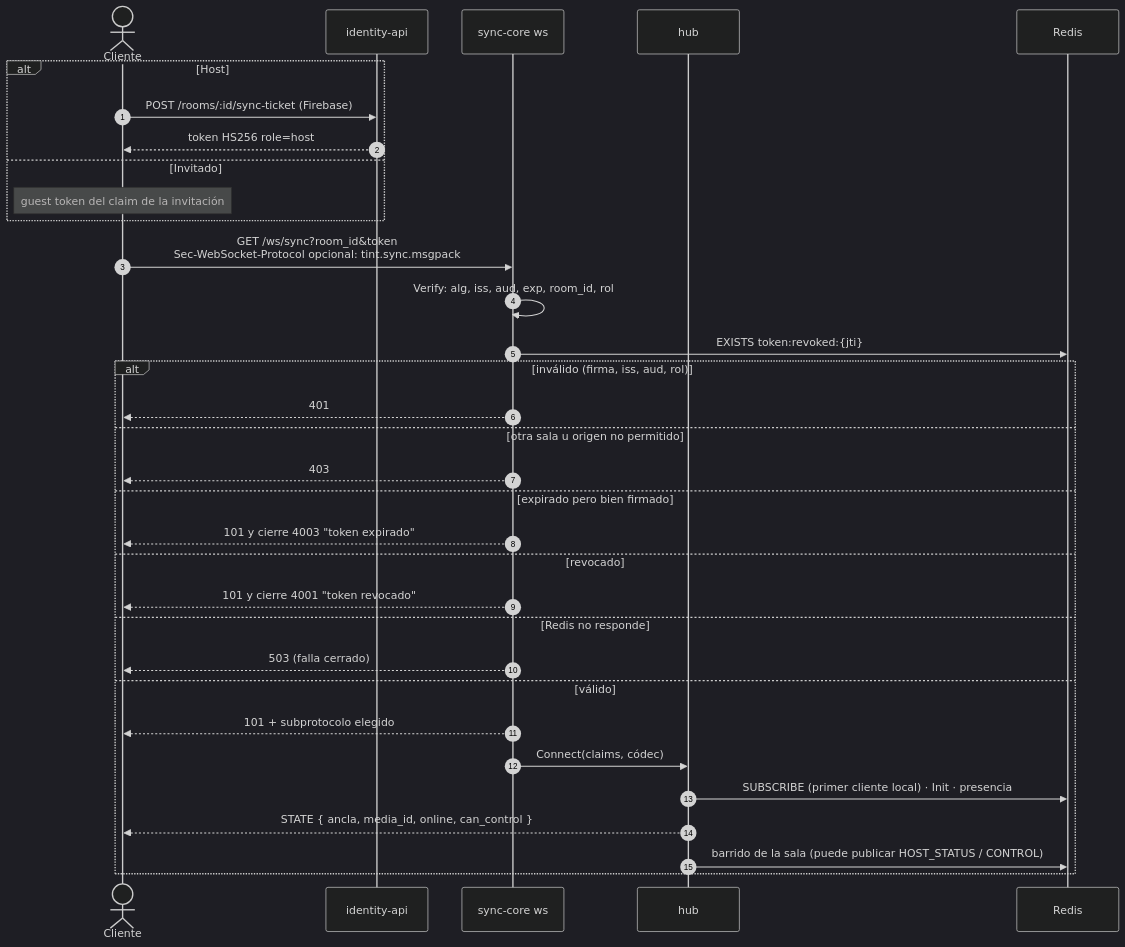
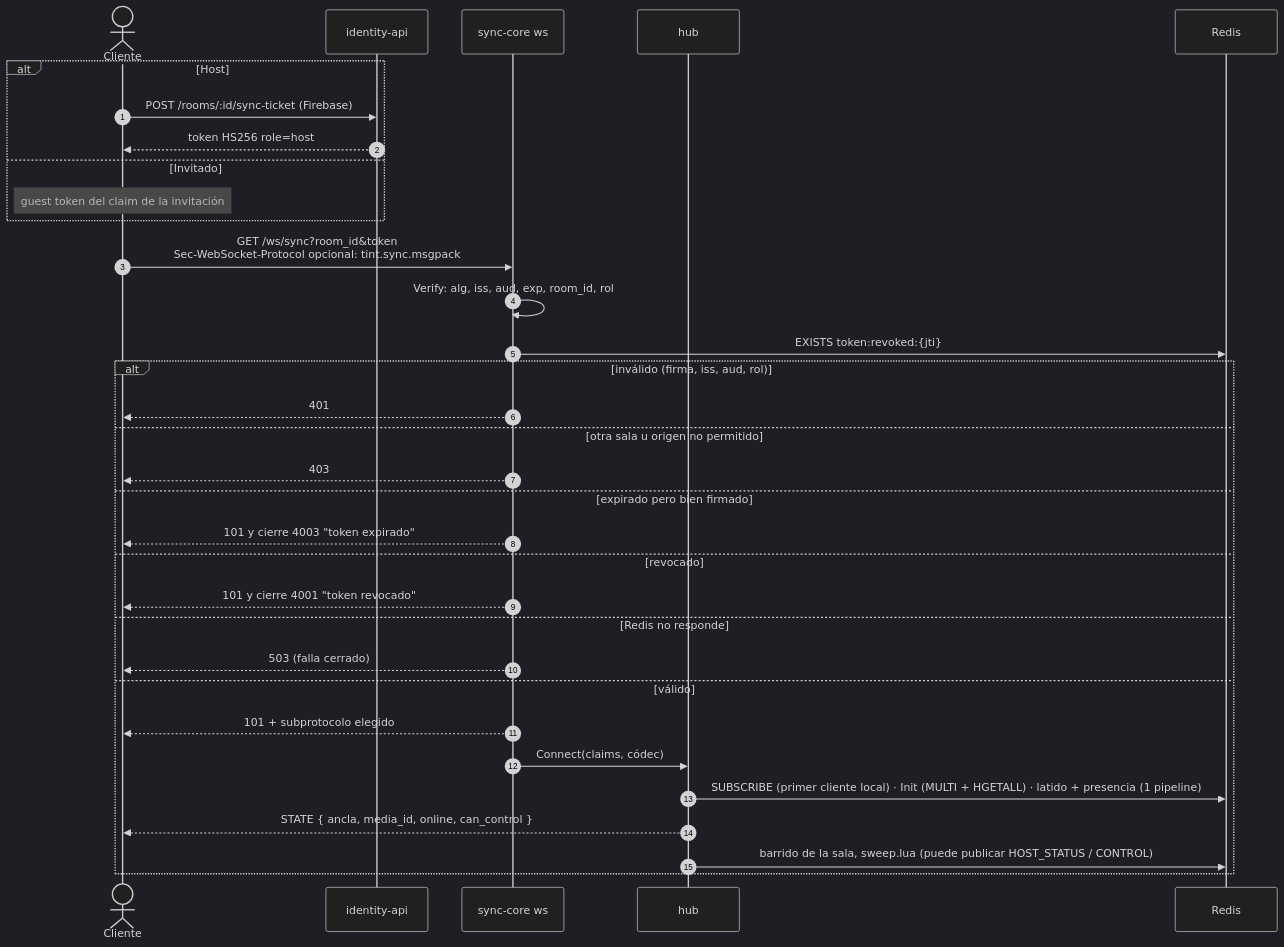
One commit to N1ghtlyC0de/TINT changed the fifth of 17 diagrams in docs/dominio-reproduccion.md. Above: the diagram before and after it, drawn with Mermaid (dark theme). The commit also changed other lines of this file and 1 other file, not shown here.

````diff
--- a/docs/dominio-reproduccion.md
+++ b/docs/dominio-reproduccion.md
@@ -325,36 +325,36 @@
 ```mermaid
 sequenceDiagram
     autonumber
     actor C as Cliente
     participant ID as identity-api
     participant WS as sync-core ws
     participant HUB as hub
     participant R as Redis
 
     alt Host
         C->>ID: POST /rooms/:id/sync-ticket (Firebase)
         ID-->>C: token HS256 role=host
     else Invitado
         Note over C: guest token del claim de la invitación
     end
     C->>WS: GET /ws/sync?room_id&token<br/>Sec-WebSocket-Protocol opcional: tint.sync.msgpack
     WS->>WS: Verify: alg, iss, aud, exp, room_id, rol
     WS->>R: EXISTS token:revoked:{jti}
     alt inválido (firma, iss, aud, rol)
         WS-->>C: 401
     else otra sala u origen no permitido
         WS-->>C: 403
     else expirado pero bien firmado
         WS-->>C: 101 y cierre 4003 "token expirado"
     else revocado
         WS-->>C: 101 y cierre 4001 "token revocado"
     else Redis no responde
         WS-->>C: 503 (falla cerrado)
     else válido
         WS-->>C: 101 + subprotocolo elegido
         WS->>HUB: Connect(claims, códec)
-        HUB->>R: SUBSCRIBE (primer cliente local) · Init · presencia
+        HUB->>R: SUBSCRIBE (primer cliente local) · Init (MULTI + HGETALL) · latido + presencia (1 pipeline)
         HUB-->>C: STATE { ancla, media_id, online, can_control }
-        HUB->>R: barrido de la sala (puede publicar HOST_STATUS / CONTROL)
+        HUB->>R: barrido de la sala, sweep.lua (puede publicar HOST_STATUS / CONTROL)
     end
 ```
````
